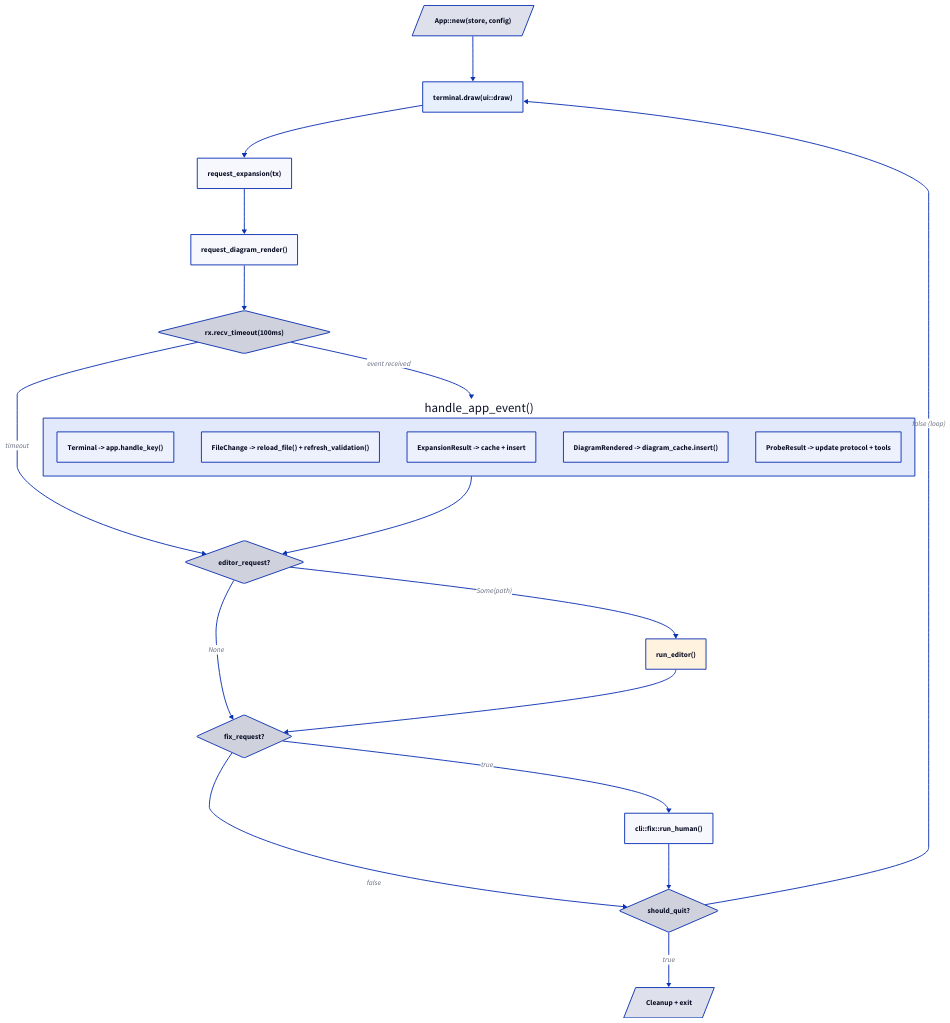
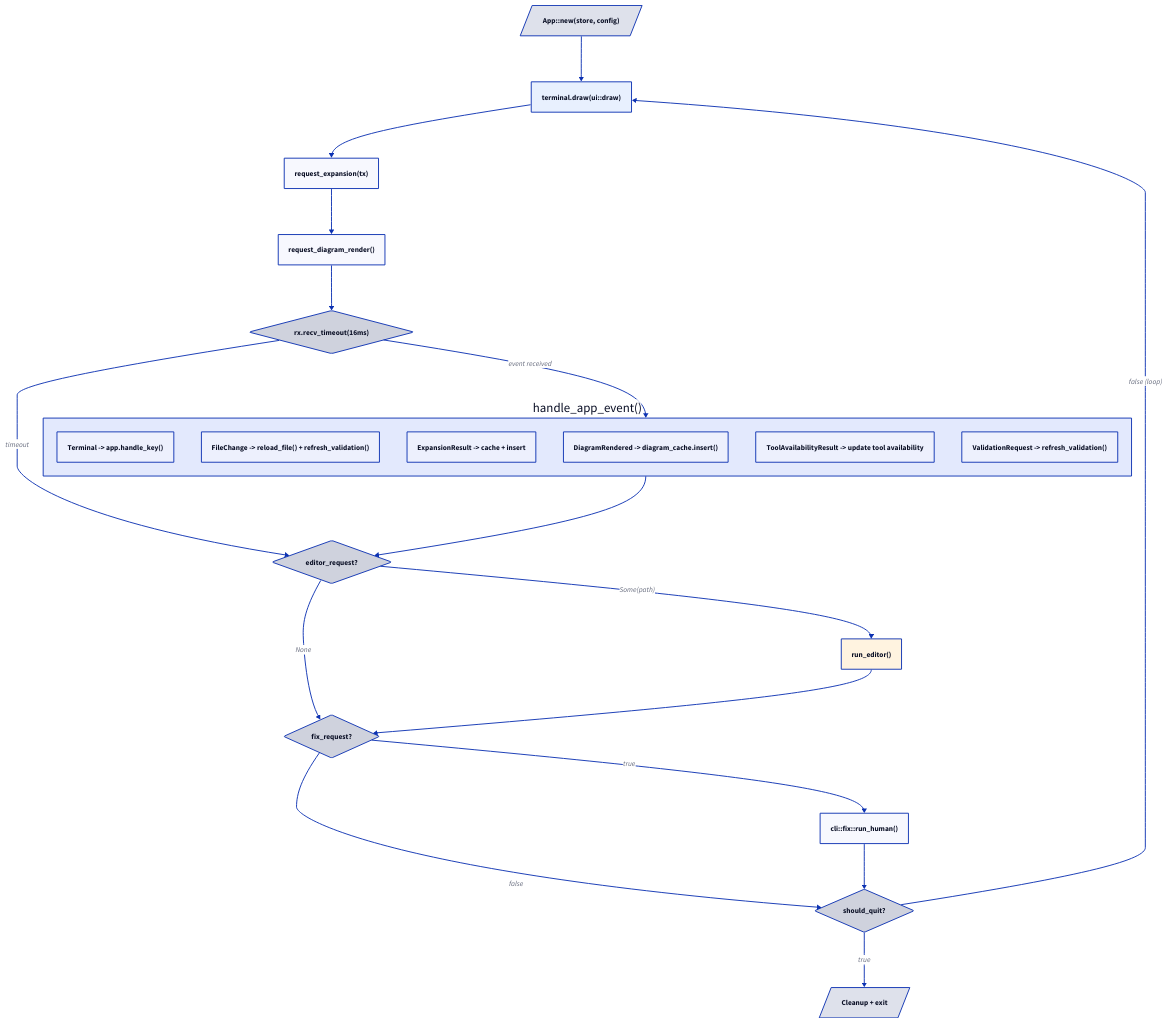
One commit to jkaloger/lazyspec changed the diagram in docs/architecture/ARCH-005-tui/event-loop.md. Above: the diagram before and after it, drawn with D2. The commit also changed 8 other files, not shown here.

````diff
--- a/docs/architecture/ARCH-005-tui/event-loop.md
+++ b/docs/architecture/ARCH-005-tui/event-loop.md
@@ -13,68 +13,69 @@
 ```d2
 direction: down
 
 start: "App::new(store, config)" {
   shape: parallelogram
 }
 
 draw: "terminal.draw(ui::draw)" {
   style.fill: "#e8f0fe"
 }
 
 request: "request_expansion(tx)" {
   desc: "Queue ref expansion if not cached"
 }
 
 diagrams: "request_diagram_render()" {
   desc: "Queue diagram renders for visible blocks"
 }
 
-recv: "rx.recv_timeout(100ms)" {
+recv: "rx.recv_timeout(16ms)" {
   shape: diamond
 }
 
 handle: "handle_app_event()" {
   terminal: "Terminal -> app.handle_key()"
   file: "FileChange -> reload_file() + refresh_validation()"
   expansion: "ExpansionResult -> cache + insert"
   diagram: "DiagramRendered -> diagram_cache.insert()"
-  probe: "ProbeResult -> update protocol + tools"
+  probe: "ToolAvailabilityResult -> update tool availability"
+  validation: "ValidationRequest -> refresh_validation()"
 }
 
 editor_check: "editor_request?" {
   shape: diamond
 }
 
 editor: "run_editor()" {
   style.fill: "#fff3e0"
 }
 
 fix_check: "fix_request?" {
   shape: diamond
 }
 
 fix: "cli::fix::run_human()" {
   desc: "Auto-repair, reload store"
 }
 
 quit_check: "should_quit?" {
   shape: diamond
 }
 
 done: "Cleanup + exit" {
   shape: parallelogram
 }
 
 start -> draw -> request -> diagrams -> recv
 recv -> handle: "event received"
 recv -> editor_check: "timeout"
 handle -> editor_check
 editor_check -> editor: "Some(path)"
 editor_check -> fix_check: "None"
 editor -> fix_check
 fix_check -> fix: "true"
 fix_check -> quit_check: "false"
 fix -> quit_check
 quit_check -> done: "true"
 quit_check -> draw: "false (loop)"
 ```
````
